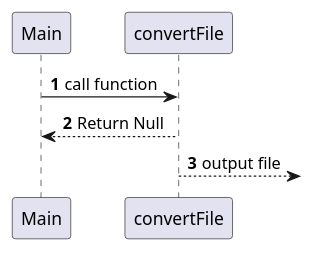
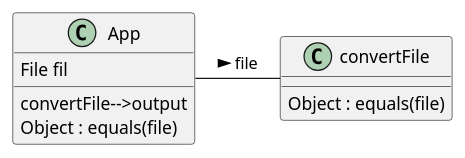
Before and after one commit to Chrissy-buzz/PersaudC-COP3330-Assignment3: the diagram in src/main/java/org/example/41/Diagram.puml, drawn with PlantUML. The commit also changed 5 other files, not shown here.

```diff
--- a/src/main/java/org/example/41/Diagram.puml
+++ b/src/main/java/org/example/41/Diagram.puml
@@ -1,10 +2,14 @@
 @startuml
-'https://plantuml.com/sequence-diagram
+class App {
+  {field} File fil
+  {method} convertFile-->output
+  Object : equals(file)
 
-autonumber
-
-Main -> convertFile: call function
-convertFile --> Main: Return Null
-convertFile-->: output file
+}
+class convertFile{
+  Object : equals(file)
+}
+class App
+App - convertFile : file >
 
 @enduml
```
